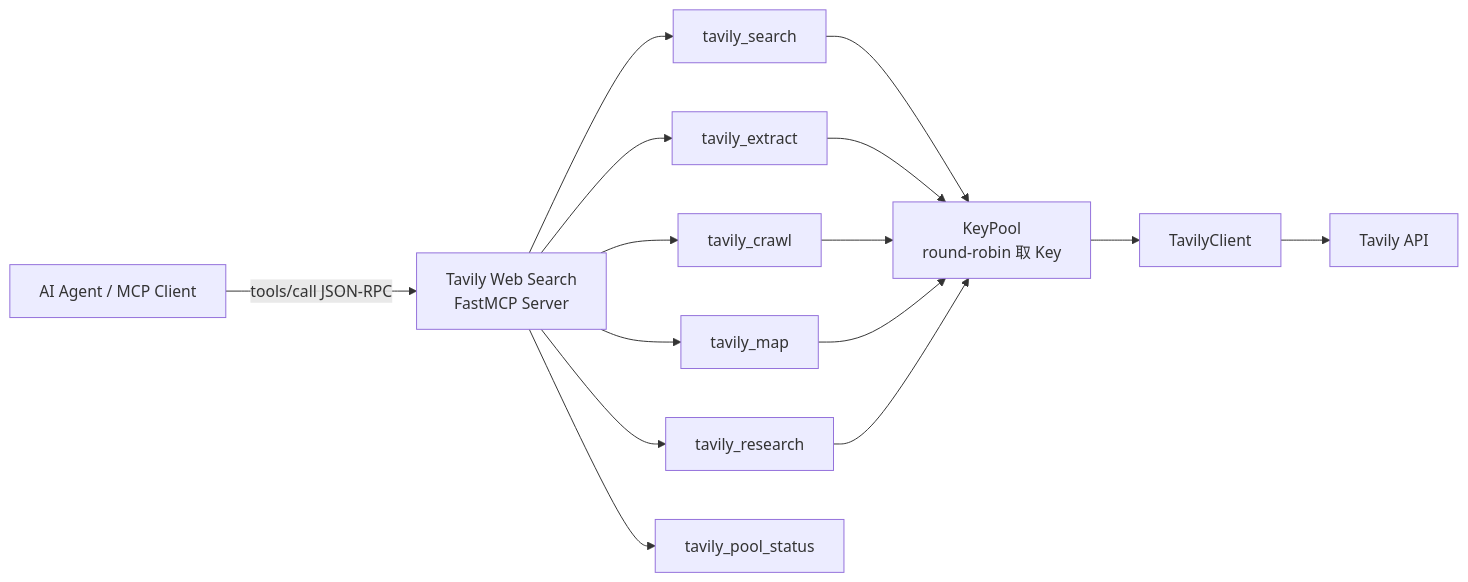
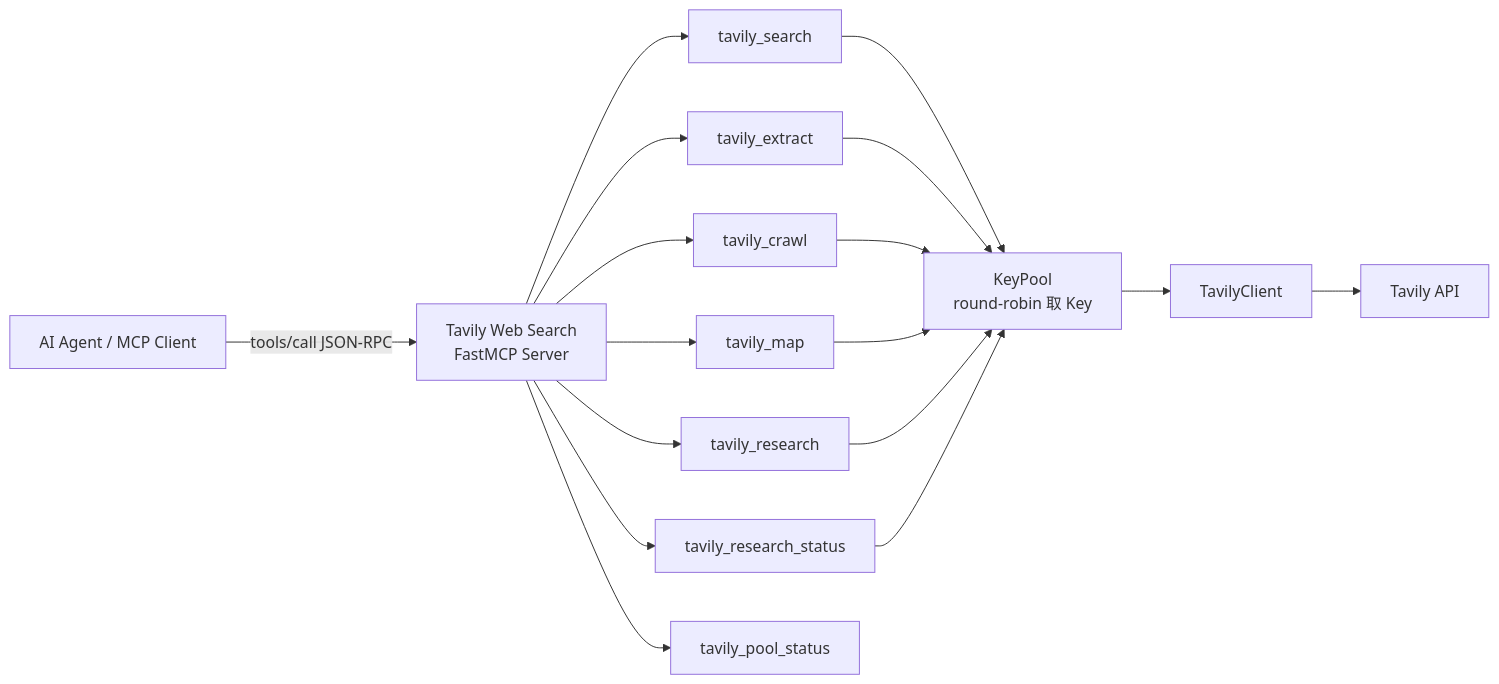
The first of 2 diagrams in docs/wiki/核心功能/MCP工具集.md (zylyes/tavily-key), drawn with Mermaid before and after one commit. The commit also changed other lines of this file and 16 other files, not shown here.

````diff
--- a/docs/wiki/核心功能/MCP工具集.md
+++ b/docs/wiki/核心功能/MCP工具集.md
@@ -32,17 +33,19 @@
 ```mermaid
 graph LR
     Agent[AI Agent / MCP Client] -->|tools/call JSON-RPC| Server[Tavily Web Search<br/>FastMCP Server]
     Server --> S[tavily_search]
     Server --> E[tavily_extract]
     Server --> C[tavily_crawl]
     Server --> M[tavily_map]
     Server --> R[tavily_research]
+    Server --> RS[tavily_research_status]
     Server --> P[tavily_pool_status]
     S --> Pool[KeyPool<br/>round-robin 取 Key]
     E --> Pool
     C --> Pool
     M --> Pool
     R --> Pool
+    RS --> Pool
     Pool --> TC[TavilyClient]
     TC --> API[Tavily API]
 ```
````
